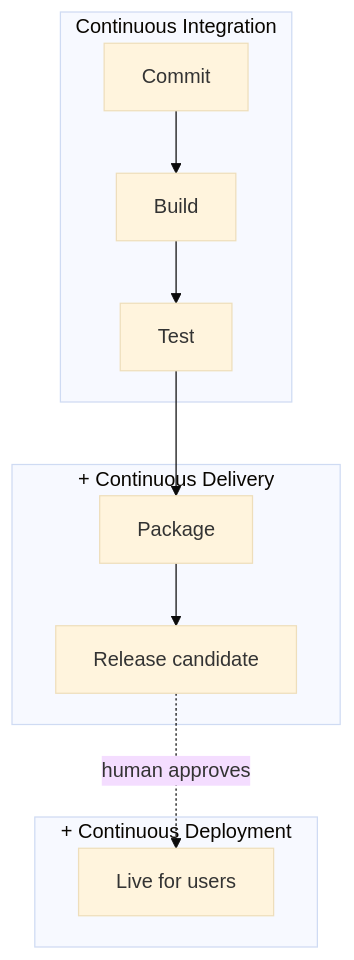
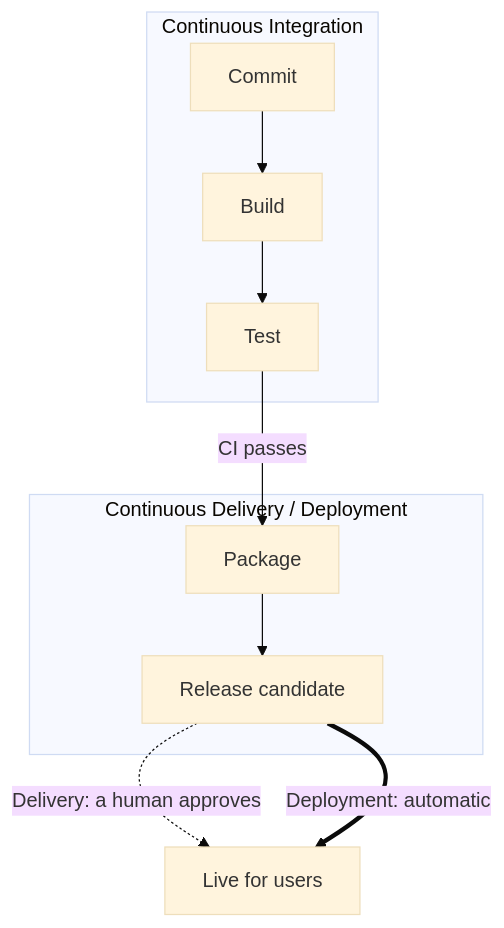
The diagram in presentations/continuous_integration/slides.md (OxfordRSE/training-slides-core), drawn with Mermaid (base theme) before and after one commit. The commit also changed other lines of this file, not shown here.

````diff
--- a/presentations/continuous_integration/slides.md
+++ b/presentations/continuous_integration/slides.md
@@ -183,14 +186,12 @@
 ```mermaid {scale: 0.52}
 flowchart TD
   subgraph ci["Continuous Integration"]
     C[Commit] --> B[Build] --> T[Test]
   end
-  subgraph cdel["+ Continuous Delivery"]
+  subgraph cd["Continuous Delivery / Deployment"]
     P[Package] --> R[Release candidate]
   end
-  subgraph cdep["+ Continuous Deployment"]
-    L[Live for users]
-  end
-  T --> P
-  R -.->|human approves| L
+  T --> |CI passes| P
+  R -.->|Delivery: a human approves| L[Live for users]
+  R ==>|Deployment: automatic| L
 ```
````
